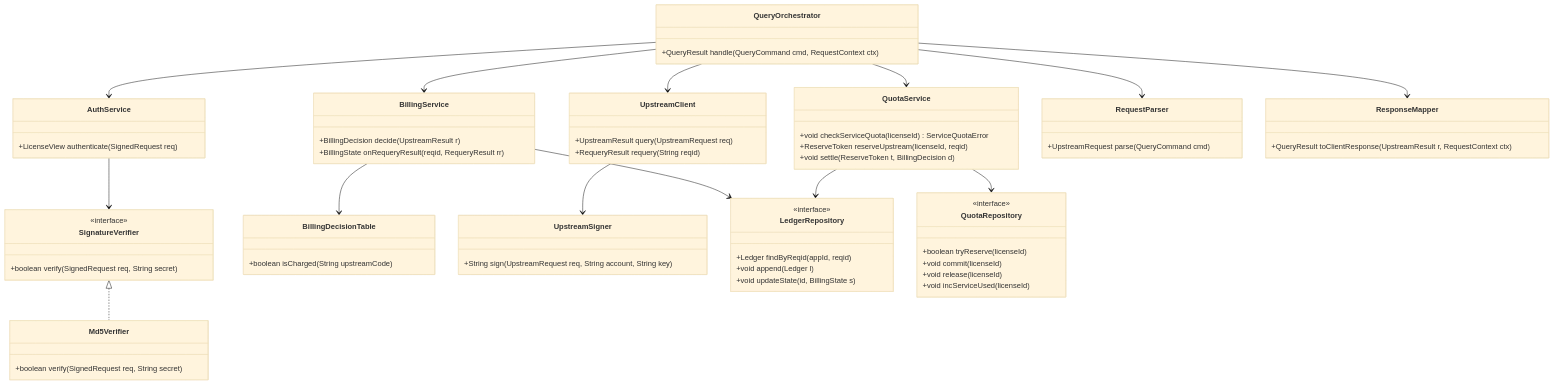
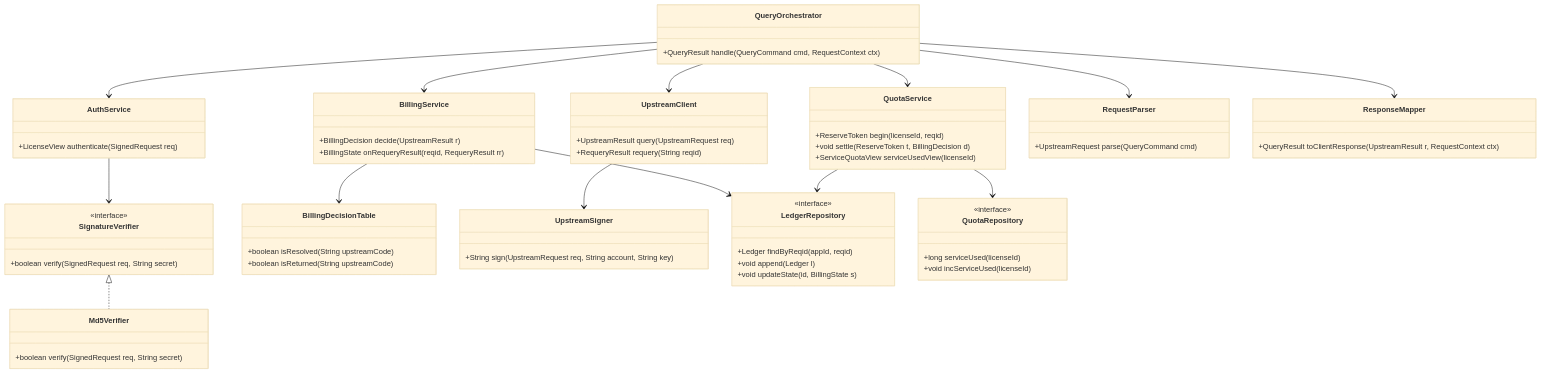
The second of 8 diagrams in docs/ARCHITECTURE.md (YunChen1227/DataHub), drawn with Mermaid (base theme) before and after one commit. The commit also changed other lines of this file and 54 other files, not shown here.

````diff
--- a/docs/ARCHITECTURE.md
+++ b/docs/ARCHITECTURE.md
@@ -106,73 +102,72 @@
 ```mermaid
 classDiagram
     class QueryOrchestrator {
         +QueryResult handle(QueryCommand cmd, RequestContext ctx)
     }
 
     class AuthService {
         +LicenseView authenticate(SignedRequest req)
     }
     class SignatureVerifier {
         <<interface>>
         +boolean verify(SignedRequest req, String secret)
     }
     class Md5Verifier {
         +boolean verify(SignedRequest req, String secret)
     }
 
     class QuotaService {
-        +void checkServiceQuota(licenseId) ServiceQuotaError
-        +ReserveToken reserveUpstream(licenseId, reqid)
+        +ReserveToken begin(licenseId, reqid)
         +void settle(ReserveToken t, BillingDecision d)
+        +ServiceQuotaView serviceUsedView(licenseId)
     }
     class BillingService {
         +BillingDecision decide(UpstreamResult r)
         +BillingState onRequeryResult(reqid, RequeryResult rr)
     }
     class BillingDecisionTable {
-        +boolean isCharged(String upstreamCode)
+        +boolean isResolved(String upstreamCode)
+        +boolean isReturned(String upstreamCode)
     }
 
     class UpstreamClient {
         +UpstreamResult query(UpstreamRequest req)
         +RequeryResult requery(String reqid)
     }
     class UpstreamSigner {
         +String sign(UpstreamRequest req, String account, String key)
     }
 
     class RequestParser {
         +UpstreamRequest parse(QueryCommand cmd)
     }
     class ResponseMapper {
         +QueryResult toClientResponse(UpstreamResult r, RequestContext ctx)
     }
 
     class LedgerRepository {
         <<interface>>
         +Ledger findByReqid(appId, reqid)
         +void append(Ledger l)
         +void updateState(id, BillingState s)
     }
     class QuotaRepository {
         <<interface>>
-        +boolean tryReserve(licenseId)
-        +void commit(licenseId)
-        +void release(licenseId)
+        +long serviceUsed(licenseId)
         +void incServiceUsed(licenseId)
     }
 
     QueryOrchestrator --> AuthService
     QueryOrchestrator --> QuotaService
     QueryOrchestrator --> RequestParser
     QueryOrchestrator --> UpstreamClient
     QueryOrchestrator --> BillingService
     QueryOrchestrator --> ResponseMapper
     AuthService --> SignatureVerifier
     SignatureVerifier <|.. Md5Verifier
     BillingService --> BillingDecisionTable
     BillingService --> LedgerRepository
     QuotaService --> QuotaRepository
     QuotaService --> LedgerRepository
     UpstreamClient --> UpstreamSigner
 ```
````
